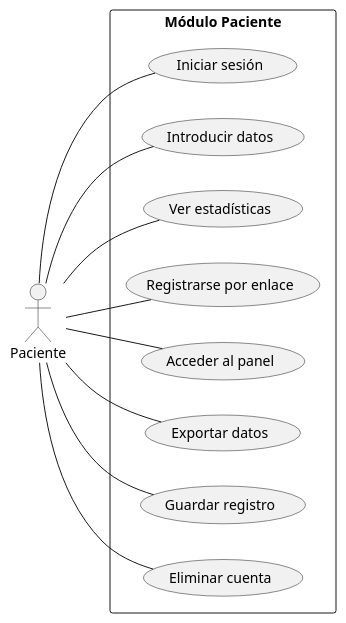
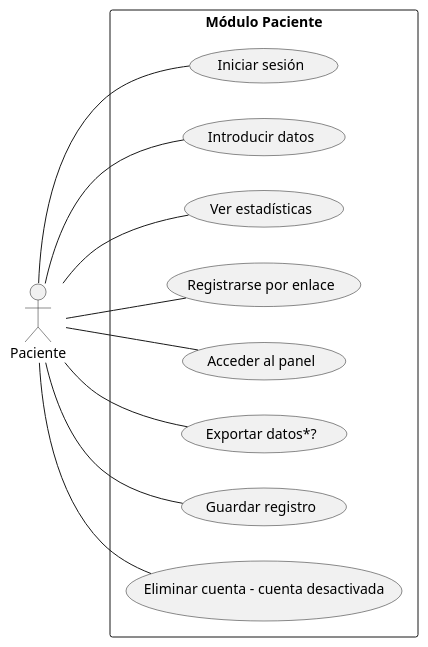
Before and after one commit to Sembrem-prj/base: the diagram in Casos_de_usos/diagrama_caso_uso_paciente.puml, drawn with PlantUML. The commit also changed 2 other files, not shown here.

```diff
--- a/Casos_de_usos/diagrama_caso_uso_paciente.puml
+++ b/Casos_de_usos/diagrama_caso_uso_paciente.puml
@@ -1,17 +1,17 @@
 @startuml Paciente
 left to right direction
 
 actor Paciente as pa
 
 rectangle "Módulo Paciente" {
 pa -- (Iniciar sesión)
 pa -- (Introducir datos)
 pa -- (Ver estadísticas)
 pa -- (Registrarse por enlace)
 pa -- (Acceder al panel)
-pa -- (Exportar datos)
+pa -- (Exportar datos*?)
 pa -- (Guardar registro)
-pa -- (Eliminar cuenta)
+pa -- (Eliminar cuenta - cuenta desactivada)
 }
 
 @enduml
```
